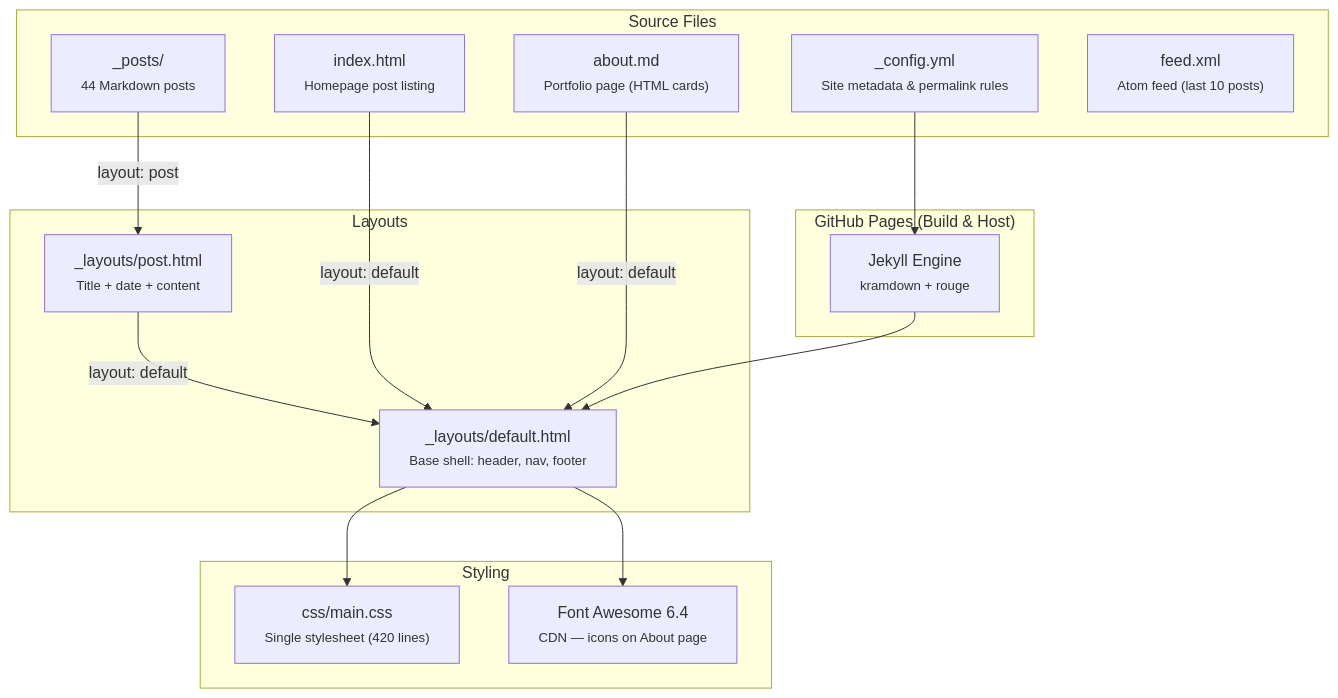
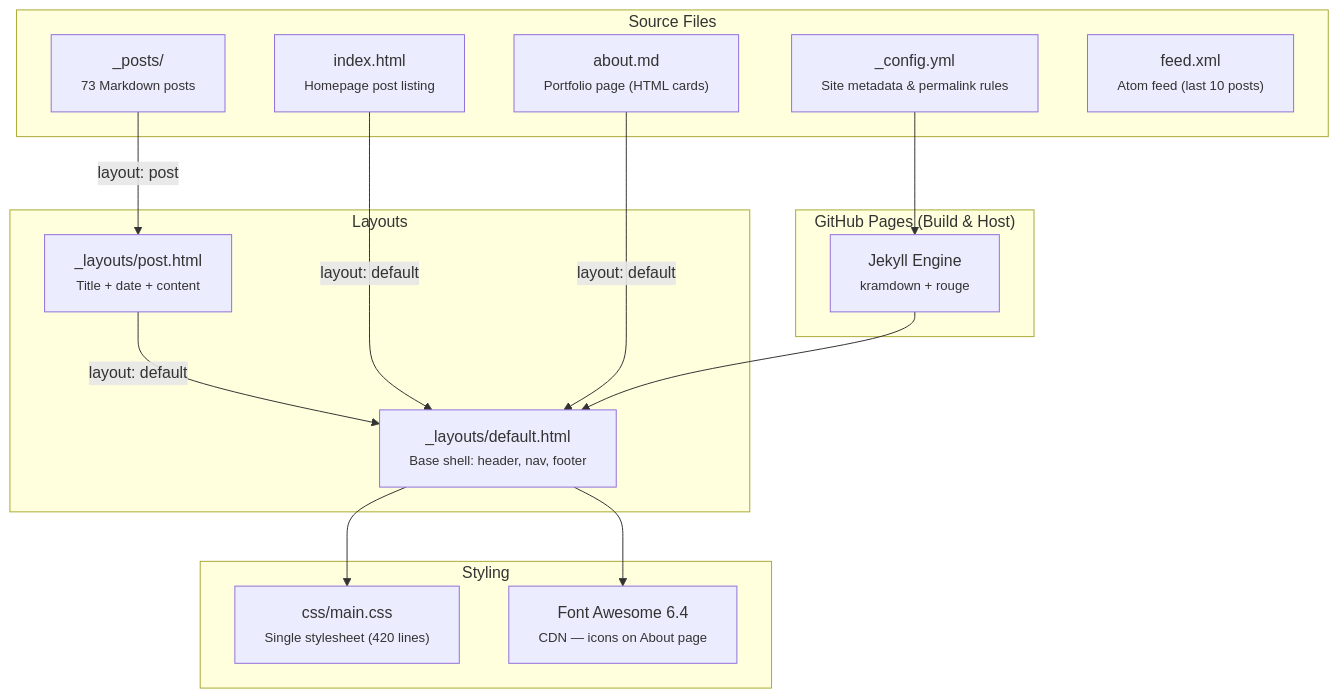
One commit to kody-w/kody-w.github.io changed the diagram in README.md. Above: the diagram before and after it, drawn with Mermaid. The commit also changed other lines of this file and 4 other files, not shown here.

````diff
--- a/README.md
+++ b/README.md
@@ -22,33 +22,33 @@
 ```mermaid
 graph TD
     subgraph "GitHub Pages (Build & Host)"
         Jekyll["Jekyll Engine<br/><small>kramdown + rouge</small>"]
     end
 
     subgraph "Source Files"
         Config["_config.yml<br/><small>Site metadata & permalink rules</small>"]
-        Posts["_posts/<br/><small>44 Markdown posts</small>"]
+        Posts["_posts/<br/><small>73 Markdown posts</small>"]
         About["about.md<br/><small>Portfolio page (HTML cards)</small>"]
         Index["index.html<br/><small>Homepage post listing</small>"]
         Feed["feed.xml<br/><small>Atom feed (last 10 posts)</small>"]
     end
 
     subgraph "Layouts"
         Default["_layouts/default.html<br/><small>Base shell: header, nav, footer</small>"]
         PostLayout["_layouts/post.html<br/><small>Title + date + content</small>"]
     end
 
     subgraph "Styling"
         CSS["css/main.css<br/><small>Single stylesheet (420 lines)</small>"]
         FA["Font Awesome 6.4<br/><small>CDN — icons on About page</small>"]
     end
 
     Posts -->|layout: post| PostLayout
     PostLayout -->|layout: default| Default
     Index -->|layout: default| Default
     About -->|layout: default| Default
     Default --> CSS
     Default --> FA
     Config --> Jekyll
     Jekyll --> Default
 ```
````
